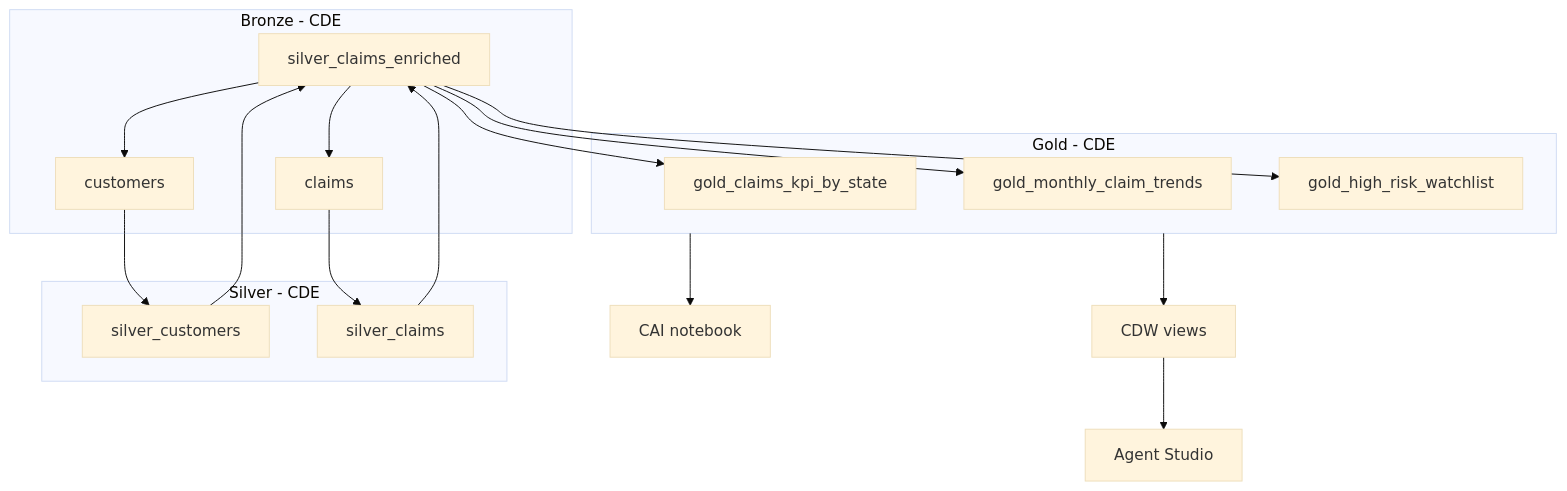
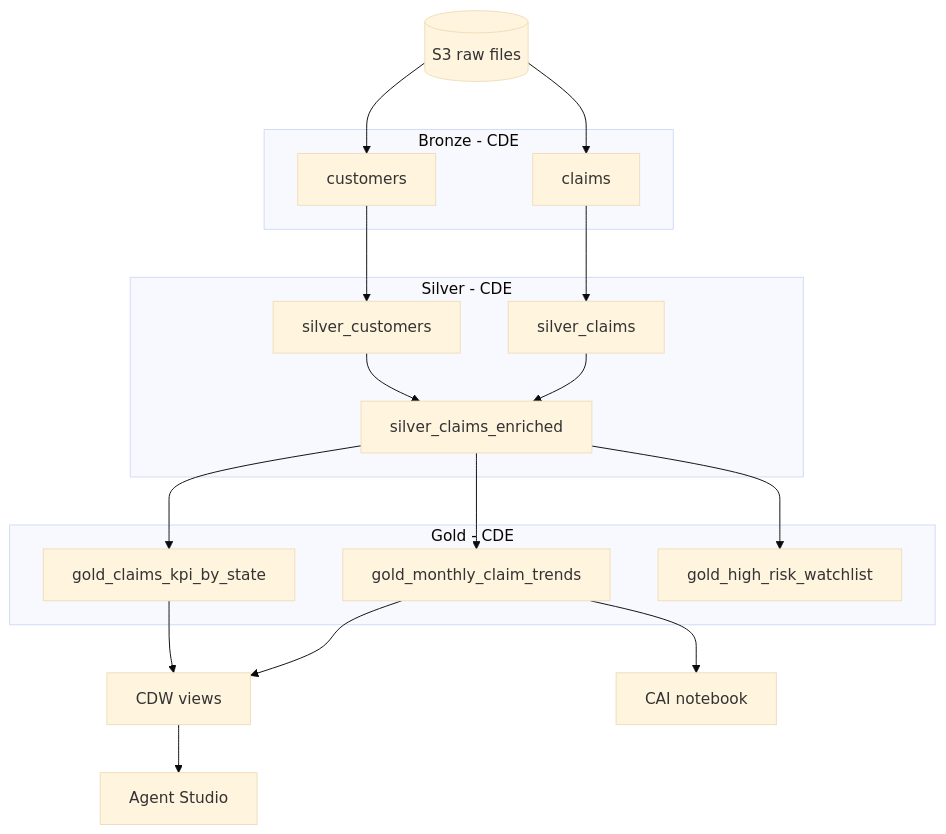
One commit to irvanzarkasie/cloudera-on-cloud-insurance changed the diagram in WORKSHOP_GUIDE.md. Above: the diagram before and after it, drawn with Mermaid (base theme). The commit also changed other lines of this file and 1 other file, not shown here.

````diff
--- a/WORKSHOP_GUIDE.md
+++ b/WORKSHOP_GUIDE.md
@@ -20,21 +20,35 @@
 ```mermaid
 flowchart TB
+  s3raw[(S3 raw files)]
+
   subgraph bronze [Bronze - CDE]
-    S3[(S3 raw files)] --> T1[customers]
-    S3 --> T2[claims]
+    T1[customers]
+    T2[claims]
   end
+
   subgraph silver [Silver - CDE]
-    T1 --> S1[silver_customers]
-    T2 --> S2[silver_claims]
-    S1 --> S3[silver_claims_enriched]
-    S2 --> S3
+    S1[silver_customers]
+    S2[silver_claims]
+    Senr[silver_claims_enriched]
   end
+
   subgraph gold [Gold - CDE]
-    S3 --> G1[gold_claims_kpi_by_state]
-    S3 --> G2[gold_monthly_claim_trends]
-    S3 --> G3[gold_high_risk_watchlist]
+    G1[gold_claims_kpi_by_state]
+    G2[gold_monthly_claim_trends]
+    G3[gold_high_risk_watchlist]
   end
-  gold --> CDW[CDW views]
-  gold --> CAI[CAI notebook]
+
+  s3raw --> T1
+  s3raw --> T2
+  T1 --> S1
+  T2 --> S2
+  S1 --> Senr
+  S2 --> Senr
+  Senr --> G1
+  Senr --> G2
+  Senr --> G3
+  G1 --> CDW[CDW views]
+  G2 --> CDW
+  G2 --> CAI[CAI notebook]
   CDW --> Agent[Agent Studio]
 ```
````
